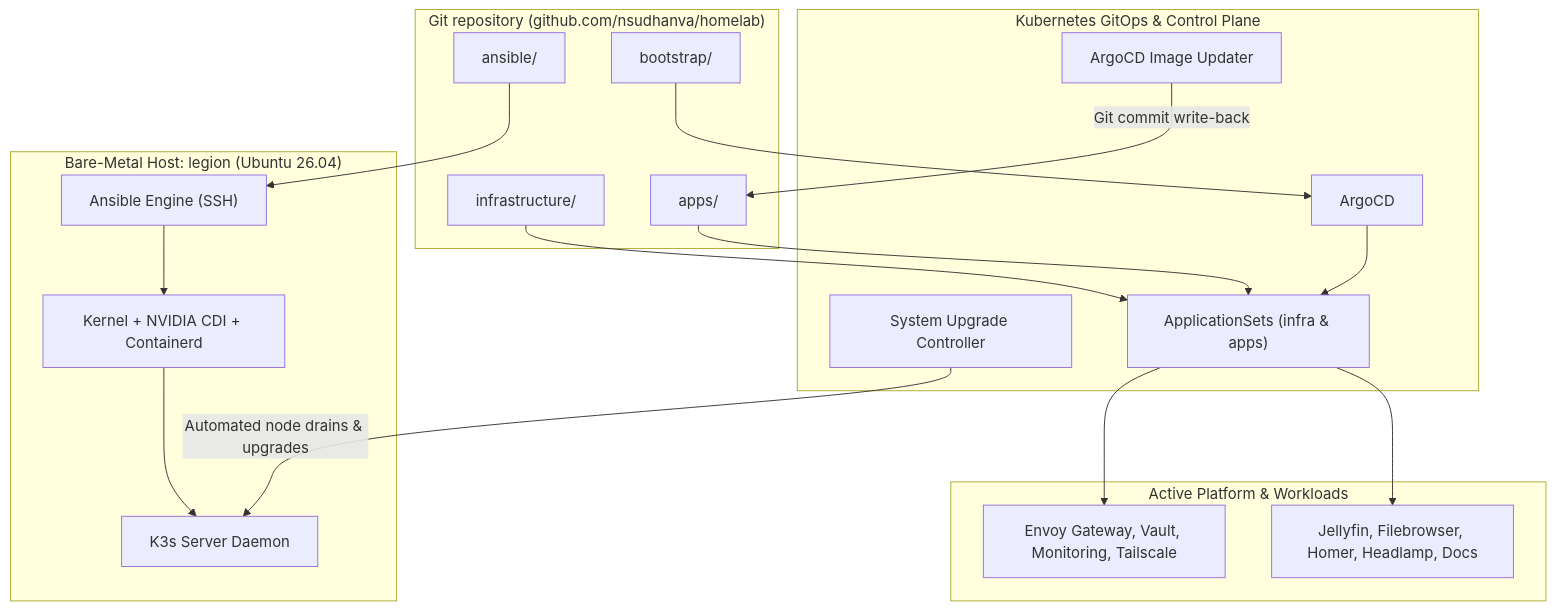
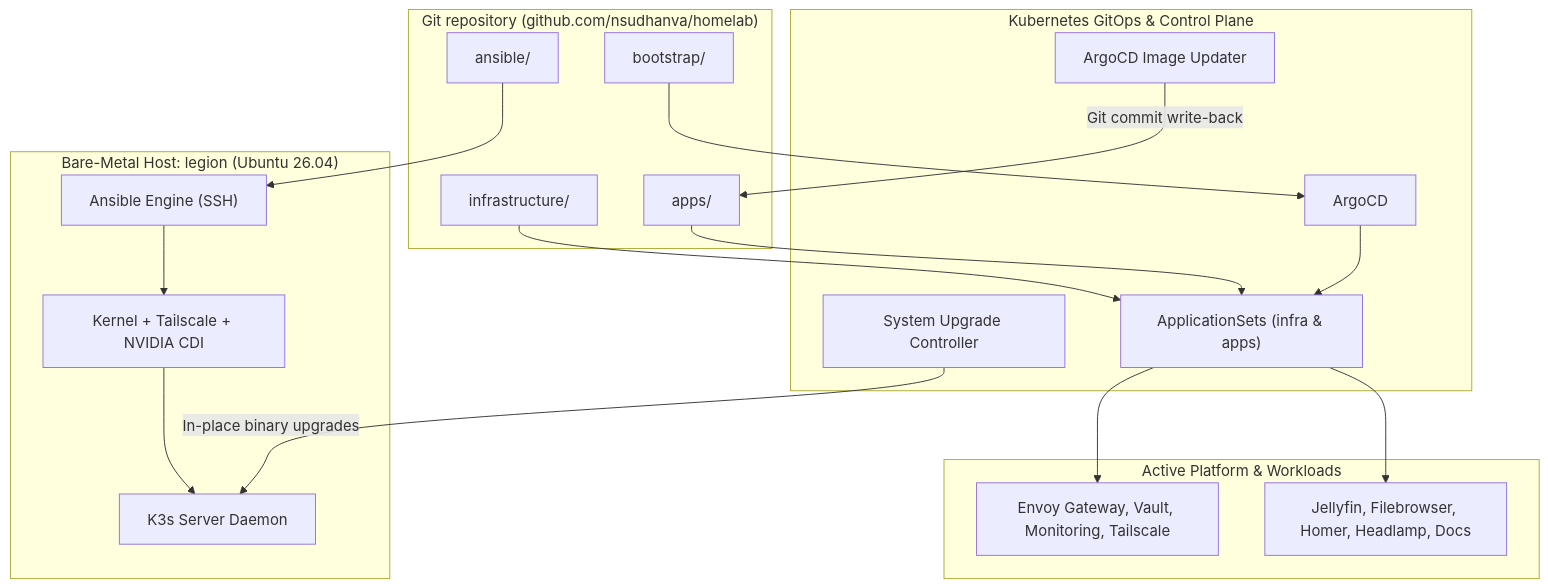
The diagram in docs/src/content/docs/explanation/automation-model.md (nsudhanva/homelab), drawn with Mermaid before and after one commit. The commit also changed other lines of this file and 46 other files, not shown here.

````diff
--- a/docs/src/content/docs/explanation/automation-model.md
+++ b/docs/src/content/docs/explanation/automation-model.md
@@ -25,39 +25,39 @@
 ```mermaid
 flowchart TB
   subgraph Git["Git repository (github.com/nsudhanva/homelab)"]
     AnsibleRepo["ansible/"]
     InfraRepo["infrastructure/"]
     AppsRepo["apps/"]
     BootRepo["bootstrap/"]
   end
 
   subgraph HostLayer["Bare-Metal Host: legion (Ubuntu 26.04)"]
     Ansible["Ansible Engine (SSH)"]
-    Host["Kernel + NVIDIA CDI + Containerd"]
+    Host["Kernel + Tailscale + NVIDIA CDI"]
     K3s["K3s Server Daemon"]
   end
 
   subgraph GitOpsLayer["Kubernetes GitOps & Control Plane"]
     Argo["ArgoCD"]
     AppSets["ApplicationSets (infra & apps)"]
     SUC["System Upgrade Controller"]
     ImgUpdater["ArgoCD Image Updater"]
   end
 
   subgraph Workloads["Active Platform & Workloads"]
     Infra["Envoy Gateway, Vault, Monitoring, Tailscale"]
     Apps["Jellyfin, Filebrowser, Homer, Headlamp, Docs"]
   end
 
   AnsibleRepo --> Ansible
   Ansible --> Host
   Host --> K3s
   BootRepo --> Argo
   InfraRepo --> AppSets
   AppsRepo --> AppSets
   Argo --> AppSets
   AppSets --> Infra
   AppSets --> Apps
-  SUC -->|Automated node drains & upgrades| K3s
+  SUC -->|In-place binary upgrades| K3s
   ImgUpdater -->|Git commit write-back| AppsRepo
 ```
````
